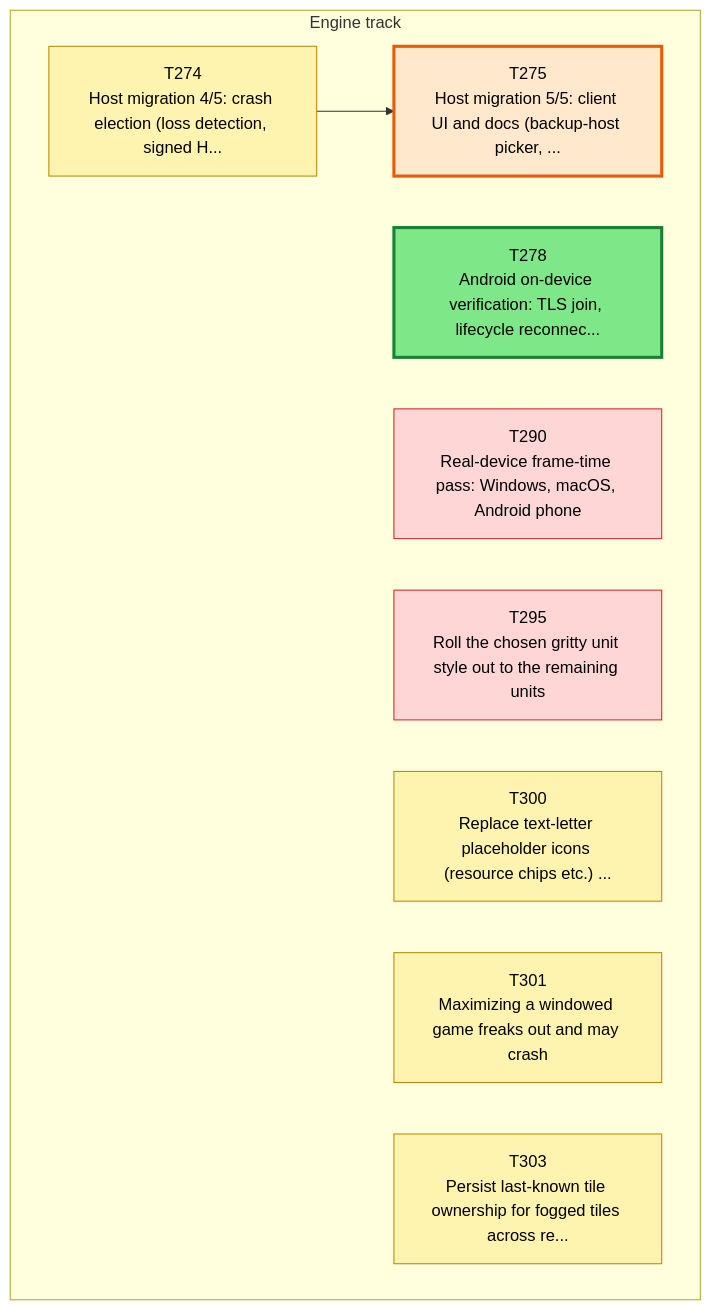
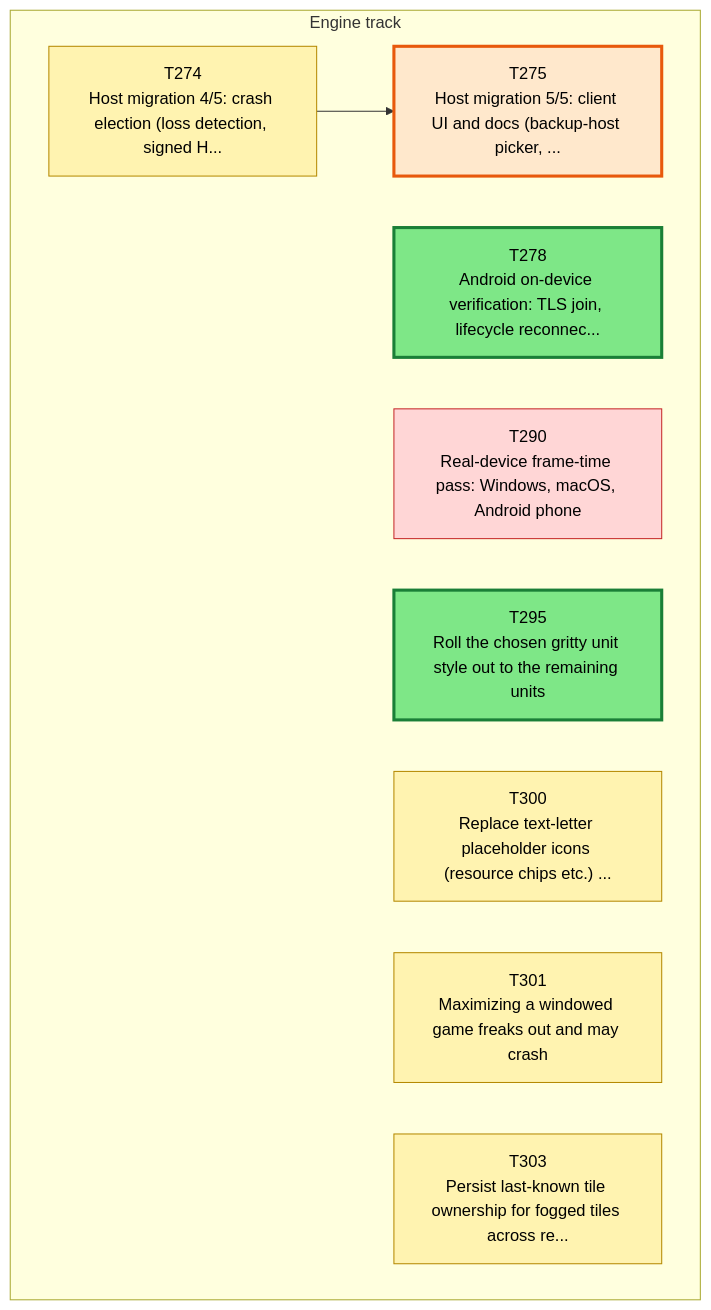
One commit to Kenmura/Unciv changed the first of 3 diagrams in csharp/migration/DEPENDENCY_MAP.md. Above: the diagram before and after it, drawn with Mermaid. The commit also changed other lines of this file and 1 other file, not shown here.

````diff
--- a/csharp/migration/DEPENDENCY_MAP.md
+++ b/csharp/migration/DEPENDENCY_MAP.md
@@ -35,29 +35,29 @@
 ```mermaid
 flowchart TD
   subgraph TTRACK["Engine track"]
     T274["T274<br/>Host migration 4/5: crash election (loss detection, signed H..."]
     T275["T275<br/>Host migration 5/5: client UI and docs (backup-host picker, ..."]
     T278["T278<br/>Android on-device verification: TLS join, lifecycle reconnec..."]
     T290["T290<br/>Real-device frame-time pass: Windows, macOS, Android phone"]
     T295["T295<br/>Roll the chosen gritty unit style out to the remaining units"]
     T300["T300<br/>Replace text-letter placeholder icons (resource chips etc.) ..."]
     T301["T301<br/>Maximizing a windowed game freaks out and may crash"]
     T303["T303<br/>Persist last-known tile ownership for fogged tiles across re..."]
   end
   T274 --> T275
   classDef waiting fill:#f3faf3,stroke:#9bc49b,color:#555,stroke-dasharray:2 2
   classDef ondeck fill:#ffe8cc,stroke:#e8590c,stroke-width:3px,color:#000
   classDef ready fill:#7ee787,stroke:#1a7f37,stroke-width:3px,color:#000
   classDef prog fill:#fff3b0,stroke:#b58900,color:#000
   classDef review fill:#cfe4ff,stroke:#1f6feb,color:#000
   classDef blocked fill:#ffd6d6,stroke:#c62828,color:#000
   classDef done fill:#eeeeee,stroke:#999999,color:#666,stroke-dasharray:4 3
   class T274 prog
   class T275 ondeck
   class T278 ready
   class T290 blocked
-  class T295 blocked
+  class T295 ready
   class T300 prog
   class T301 prog
   class T303 prog
 ```
````
